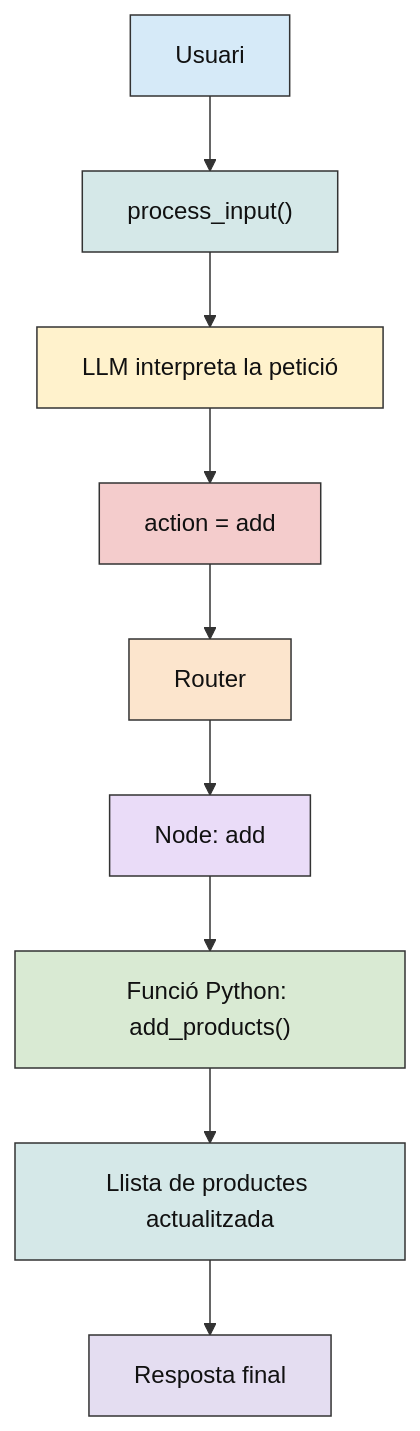
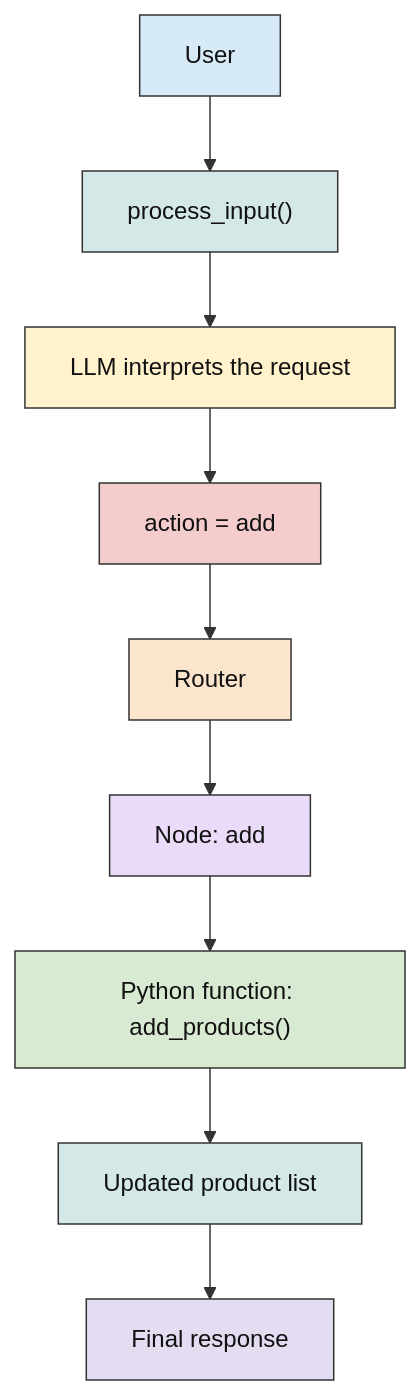
The second of 2 diagrams in AI_Observability/docs/03_langchain_langgraph.md (eetac/Visual_tools_for_AI), drawn with Mermaid before and after one commit. The commit also changed other lines of this file and 31 other files, not shown here.

````diff
--- a/AI_Observability/docs/03_langchain_langgraph.md
+++ b/AI_Observability/docs/03_langchain_langgraph.md
@@ -103,31 +103,31 @@
 ```mermaid
 flowchart TD
-    A["Usuari"] --> B["process_input()"]
-    B --> C["LLM interpreta la petició"]
+    A["User"] --> B["process_input()"]
+    B --> C["LLM interprets the request"]
     C --> D["action = add"]
     D --> E["Router"]
     E --> F["Node: add"]
-    F --> G["Funció Python: add_products()"]
-    G --> H["Llista de productes actualitzada"]
-    H --> I["Resposta final"]
+    F --> G["Python function: add_products()"]
+    G --> H["Updated product list"]
+    H --> I["Final response"]
 
     classDef usuari fill:#D6EAF8,stroke:#333333,color:#111111
     classDef entrada fill:#D5E8E8,stroke:#333333,color:#111111
     classDef llm fill:#FFF2CC,stroke:#333333,color:#111111
     classDef decisio fill:#F4CCCC,stroke:#333333,color:#111111
     classDef router fill:#FCE5CD,stroke:#333333,color:#111111
     classDef node fill:#EADCF8,stroke:#333333,color:#111111
     classDef python fill:#D9EAD3,stroke:#333333,color:#111111
     classDef resultat fill:#D5E8E8,stroke:#333333,color:#111111
     classDef resposta fill:#E4DDF1,stroke:#333333,color:#111111
 
     class A usuari
     class B entrada
     class C llm
     class D decisio
     class E router
     class F node
     class G python
     class H resultat
     class I resposta
 ```
````
